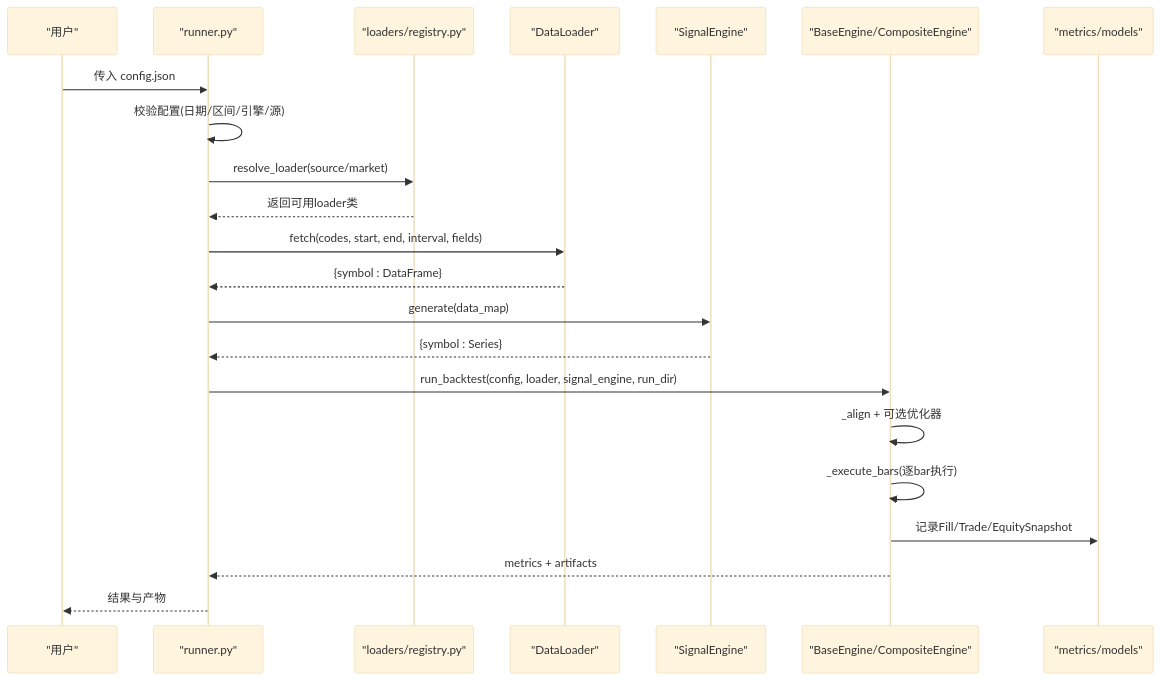
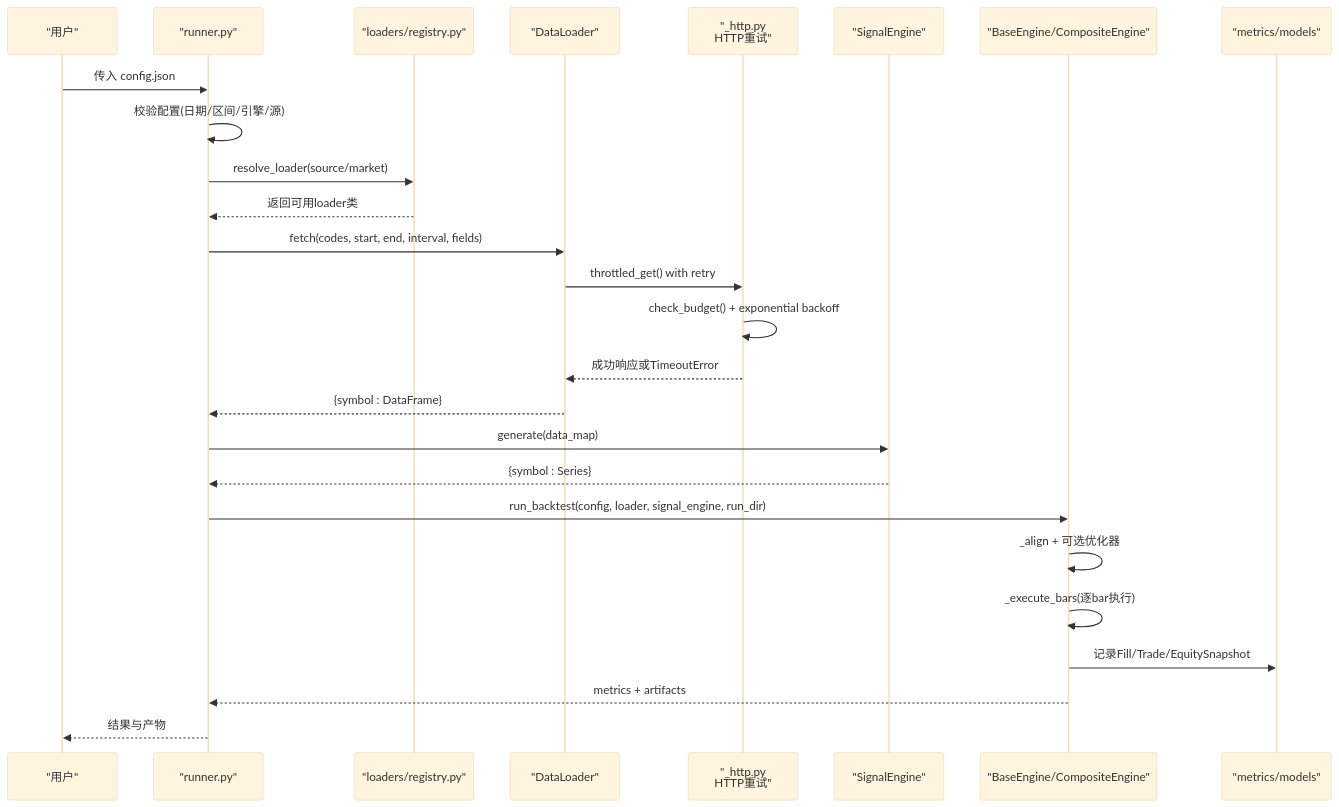
The second of 7 diagrams in .qoder/repowiki/zh/content/量化回测引擎.md (20012002er/Vibe-Trading), drawn with Mermaid (base theme) before and after one commit. The commit also changed other lines of this file and 96 other files, not shown here.

````diff
--- a/.qoder/repowiki/zh/content/量化回测引擎.md
+++ b/.qoder/repowiki/zh/content/量化回测引擎.md
@@ -93,24 +114,28 @@
 ```mermaid
 sequenceDiagram
 participant U as "用户"
 participant R as "runner.py"
 participant L as "loaders/registry.py"
 participant D as "DataLoader"
+participant H as "_http.py<br/>HTTP重试"
 participant S as "SignalEngine"
 participant E as "BaseEngine/CompositeEngine"
 participant M as "metrics/models"
 U->>R : 传入 config.json
 R->>R : 校验配置(日期/区间/引擎/源)
 R->>L : resolve_loader(source/market)
 L-->>R : 返回可用loader类
 R->>D : fetch(codes, start, end, interval, fields)
+D->>H : throttled_get() with retry
+H->>H : check_budget() + exponential backoff
+H-->>D : 成功响应或TimeoutError
 D-->>R : {symbol : DataFrame}
 R->>S : generate(data_map)
 S-->>R : {symbol : Series}
 R->>E : run_backtest(config, loader, signal_engine, run_dir)
 E->>E : _align + 可选优化器
 E->>E : _execute_bars(逐bar执行)
 E->>M : 记录Fill/Trade/EquitySnapshot
 E-->>R : metrics + artifacts
 R-->>U : 结果与产物
 ```
````
